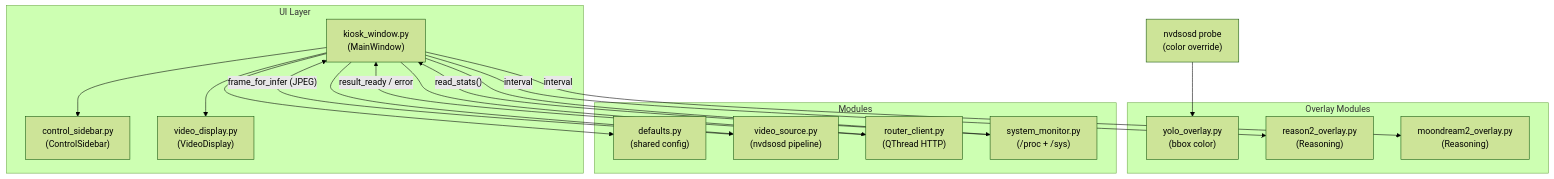
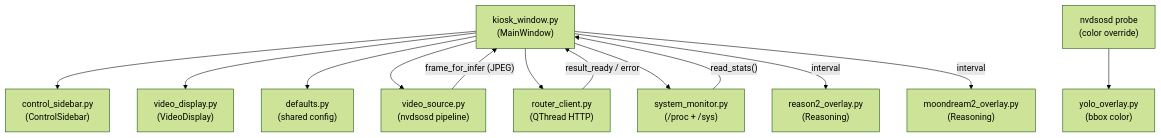
Before and after one commit to ccbruce0812/nikko-vlm-webui: the second of 5 diagrams in pyside6-gui.md, drawn with Mermaid (forest theme). The commit also changed other lines of this file, not shown here.

Commit message:
Update mermaid.

````diff
--- a/pyside6-gui.md
+++ b/pyside6-gui.md
@@ -49,36 +53,30 @@
 ```mermaid
 flowchart TB
-    subgraph UI["UI Layer"]
-        Main["kiosk_window.py<br/>(MainWindow)"]
-        Sidebar["control_sidebar.py<br/>(ControlSidebar)"]
-        Display["video_display.py<br/>(VideoDisplay)"]
-    end
+    Main["kiosk_window.py<br/>(MainWindow)"]
+    Sidebar["control_sidebar.py<br/>(ControlSidebar)"]
+    Display["video_display.py<br/>(VideoDisplay)"]
 
-    subgraph Modules["Modules"]
-        DF["defaults.py<br/>(shared config)"]
-        VS["video_source.py<br/>(nvdsosd pipeline)"]
-        RC["router_client.py<br/>(QThread HTTP)"]
-        SM["system_monitor.py<br/>(/proc + /sys)"]
-    end
+    DF["defaults.py<br/>(shared config)"]
+    VS["video_source.py<br/>(nvdsosd pipeline)"]
+    RC["router_client.py<br/>(QThread HTTP)"]
+    SM["system_monitor.py<br/>(/proc + /sys)"]
 
-    subgraph Overlay["Overlay Modules"]
-        YO["yolo_overlay.py<br/>(bbox color)"]
-        R2O["reason2_overlay.py<br/>(Reasoning)"]
-        MD2O["moondream2_overlay.py<br/>(Reasoning)"]
-    end
+    YO["yolo_overlay.py<br/>(bbox color)"]
+    R2O["reason2_overlay.py<br/>(Reasoning)"]
+    MD2O["moondream2_overlay.py<br/>(Reasoning)"]
 
     OSD["nvdsosd probe<br/>(color override)"]
 
     Main --> Sidebar
     Main --> Display
     Main --> DF
     Main --> VS
     Main --> RC
     Main --> SM
     Main -- "interval" --> R2O
     Main -- "interval" --> MD2O
     OSD --> YO
     VS -- "frame_for_infer (JPEG)" --> Main
     RC -- "result_ready / error" --> Main
     SM -- "read_stats()" --> Main
 ```
````
